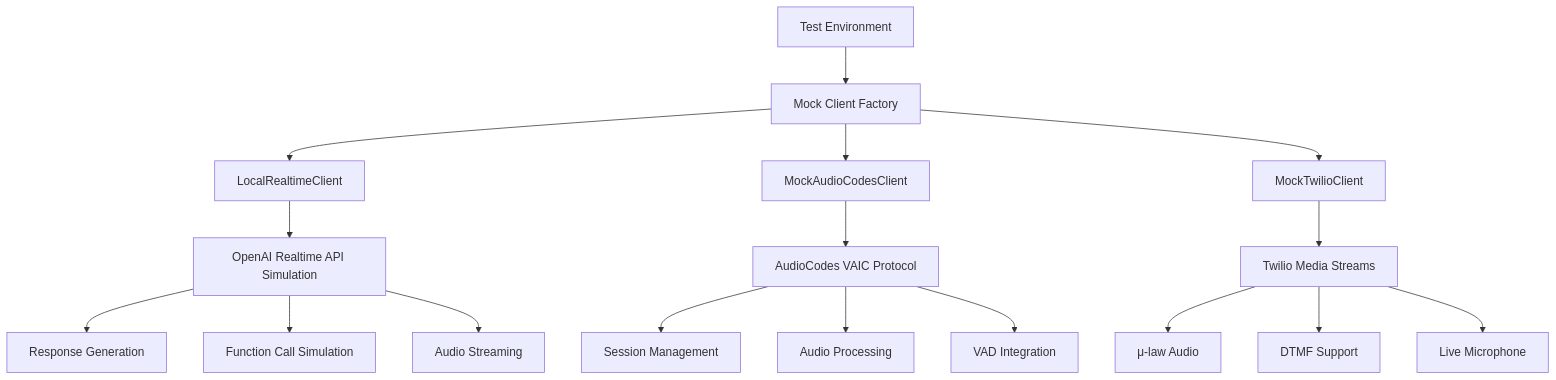
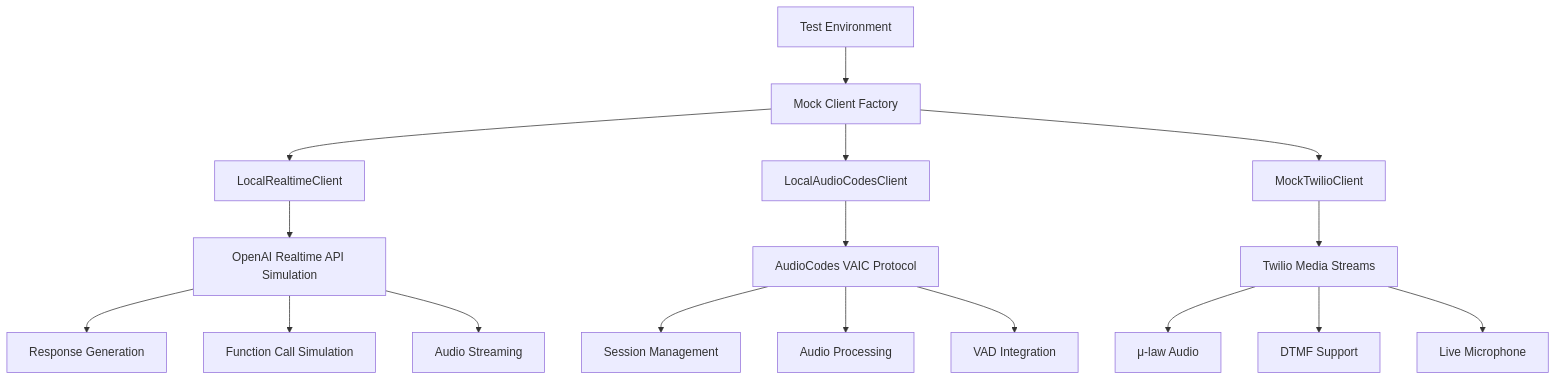
Before and after one commit to csmangum/opusagent: the diagram in docs/mock_clients_implementation.md, drawn with Mermaid. The commit also changed other lines of this file and 61 other files, not shown here.

First line of the commit message:
Refactor MockAudioCodesClient to LocalAudioCodesClient across the codebase

````diff
--- a/docs/mock_clients_implementation.md
+++ b/docs/mock_clients_implementation.md
@@ -11,23 +11,23 @@
 ```mermaid
 graph TD
     A[Test Environment] --> B[Mock Client Factory]
     B --> C[LocalRealtimeClient]
-    B --> D[MockAudioCodesClient]
+    B --> D[LocalAudioCodesClient]
     B --> E[MockTwilioClient]
     
     C --> F[OpenAI Realtime API Simulation]
     D --> G[AudioCodes VAIC Protocol]
     E --> H[Twilio Media Streams]
     
     F --> I[Response Generation]
     F --> J[Function Call Simulation]
     F --> K[Audio Streaming]
     
     G --> L[Session Management]
     G --> M[Audio Processing]
     G --> N[VAD Integration]
     
     H --> O[μ-law Audio]
     H --> P[DTMF Support]
     H --> Q[Live Microphone]
 ```
````
